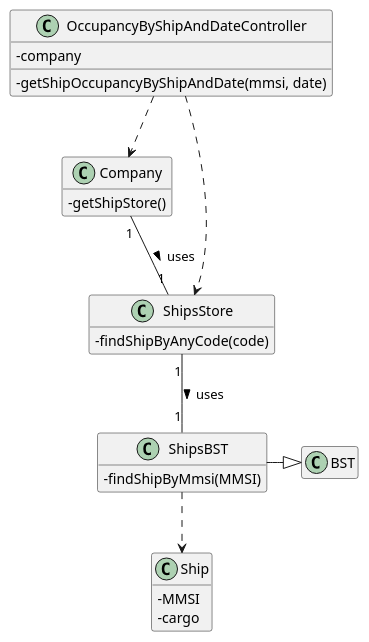
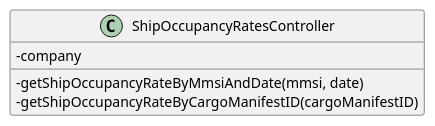
Before and after one commit to ana-albergaria/LAPR3-ISEP: the diagram in docs/US209/US_209_CD.puml, drawn with PlantUML. The commit also changed 7 other files, not shown here.

```diff
--- a/docs/US209/US_209_CD.puml
+++ b/docs/US209/US_209_CD.puml
@@ -1,39 +1,40 @@
 @startuml
 
 hide empty methods
 hide empty attributes
 'left to right direction
 skinparam classAttributeIconSize 0
 
-class OccupancyByShipAndDateController{
+class ShipOccupancyRatesController{
 - company
-- getShipOccupancyByShipAndDate(mmsi, date)
+- getShipOccupancyRateByMmsiAndDate(mmsi, date)
+- getShipOccupancyRateByCargoManifestID(cargoManifestID)
 }
 
-class Company{
-- getShipStore()
-}
+'class Company{
+'- getShipStore()
+'}
 
-class ShipsStore{
-- findShipByAnyCode(code)
-}
+'class ShipsStore{
+'- findShipByAnyCode(code)
+'}
 
-class ShipsBST{
-- findShipByMmsi(MMSI)
-}
+'class ShipsBST{
+'- findShipByMmsi(MMSI)
+'}
 
-class BST{}
+'class BST{}
 
-class Ship {
-- MMSI
-- cargo
-}
+'class Ship {
+'- MMSI
+'- cargo
+'}
 
-OccupancyByShipAndDateController ..> Company
-OccupancyByShipAndDateController ..> ShipsStore
-Company "1" -- "1" ShipsStore : uses >
-ShipsStore "1" -- "1" ShipsBST : uses >
-ShipsBST ..> Ship
-ShipsBST -|> BST
+'ShipOccupancyRatesController ..> Company
+'ShipOccupancyRatesController ..> ShipsStore
+'Company "1" -- "1" ShipsStore : uses >
+'ShipsStore "1" -- "1" ShipsBST : uses >
+'ShipsBST ..> Ship
+'ShipsBST -|> BST
 
 @enduml
```
